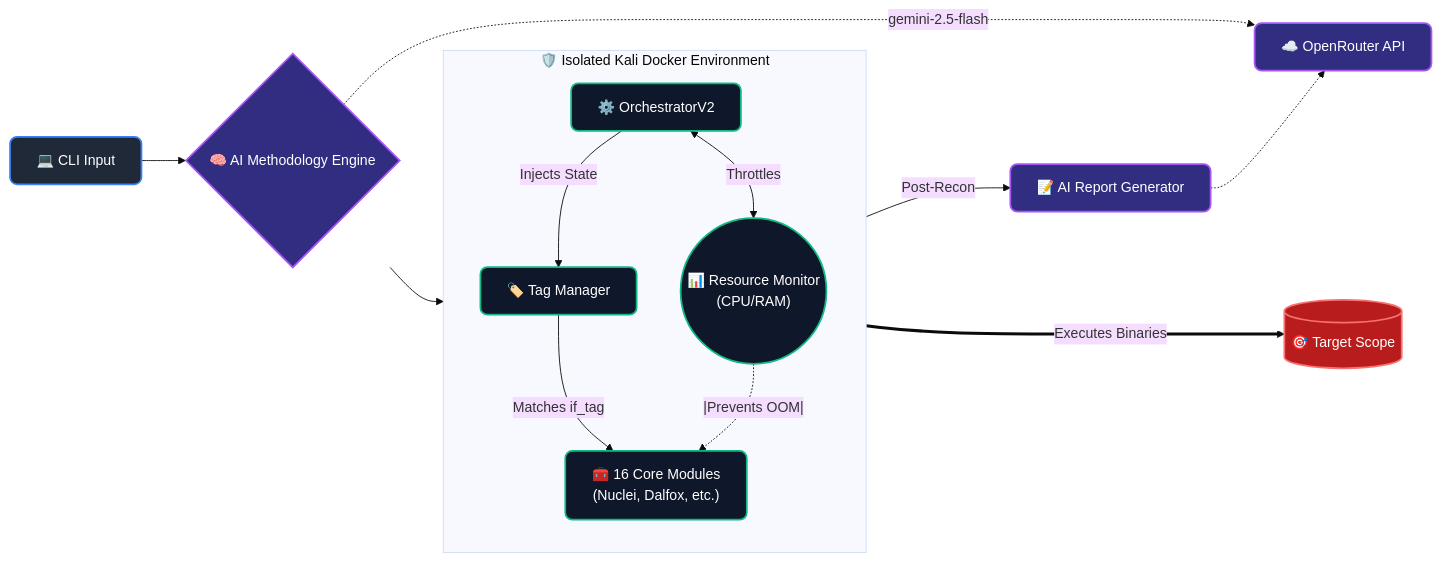
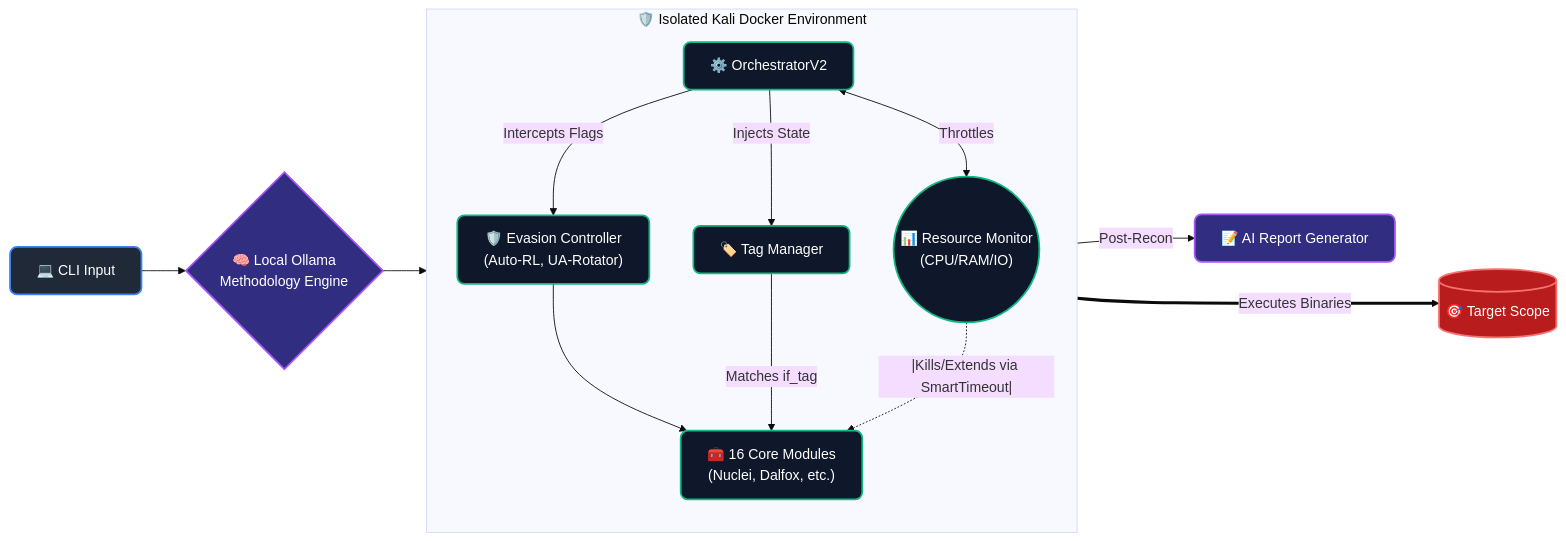
Before and after one commit to HuntForgeHQ/huntforge: the first of 2 diagrams in README.md, drawn with Mermaid (base theme). The commit also changed other lines of this file and 32 other files, not shown here.

````diff
--- a/README.md
+++ b/README.md
@@ -37,25 +50,25 @@
 ```mermaid
 flowchart LR
     %% Theming
     classDef control fill:#1f2937,stroke:#3b82f6,stroke-width:2px,color:#fff,rx:8,ry:8
     classDef ai fill:#312e81,stroke:#a855f7,stroke-width:2px,color:#fff,rx:8,ry:8
     classDef system fill:#0f172a,stroke:#10b981,stroke-width:2px,color:#fff,rx:8,ry:8
     classDef external fill:#b91c1c,stroke:#f87171,stroke-width:2px,color:#fff,rx:15,ry:15
 
     %% Nodes
-    A["💻 CLI Input"]:::control --> B{"🧠 AI Methodology Engine"}:::ai
+    A["💻 CLI Input"]:::control --> B{"🧠 Local Ollama\nMethodology Engine"}:::ai
     B --> C["⚙️ OrchestratorV2"]:::system
-    B -. "gemini-2.5-flash" .-> OR["☁️ OpenRouter API"]:::ai
-    C -->|Post-Recon| Rep["📝 AI Report Generator"]:::ai
-    Rep -.-> OR
+    C --> |Post-Recon| Rep["📝 AI Report Generator"]:::ai
 
     subgraph DOCKER ["🛡️ Isolated Kali Docker Environment"]
         direction TB
-        C <--> |Throttles| RM(("📊 Resource Monitor\n(CPU/RAM)")):::system
+        C <--> |Throttles| RM(("📊 Resource Monitor\n(CPU/RAM/IO)")):::system
         C --> |Injects State| TM["🏷️ Tag Manager"]:::system
-        TM --> |Matches if_tag| Mod["🧰 16 Core Modules\n(Nuclei, Dalfox, etc.)"]:::system
-        RM -. |Prevents OOM| .-> Mod
+        C --> |Intercepts Flags| Eva["🛡️ Evasion Controller\n(Auto-RL, UA-Rotator)"]:::system
+        Eva --> Mod["🧰 16 Core Modules\n(Nuclei, Dalfox, etc.)"]:::system
+        TM --> |Matches if_tag| Mod
+        RM -. |Kills/Extends via SmartTimeout| .-> Mod
     end
 
     Mod ===>|Executes Binaries| Target[("🎯 Target Scope")]:::external
 ```
````
